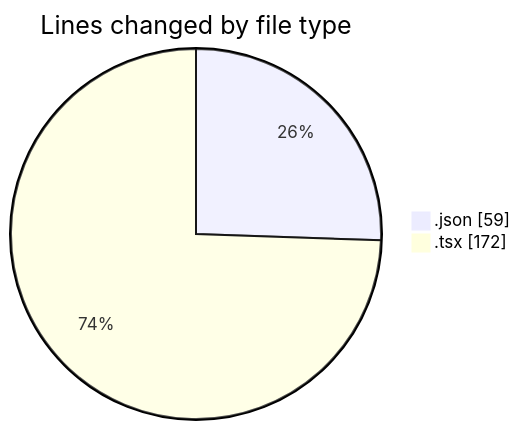
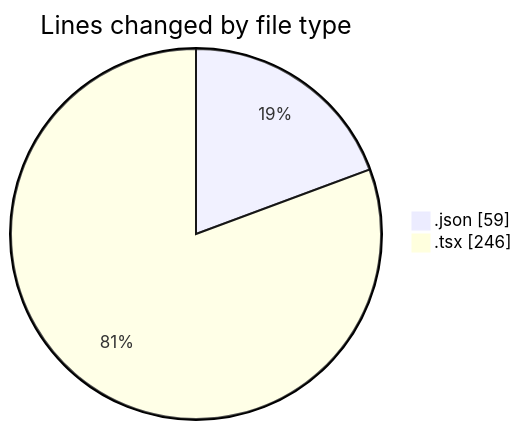
The first of 2 diagrams in 2025-11-19/cda/README.md (momahboobian/code-tracking), drawn with Mermaid before and after one commit. The commit also changed other lines of this file and 1 other file, not shown here.

````diff
--- a/2025-11-19/cda/README.md
+++ b/2025-11-19/cda/README.md
@@ -21,6 +21,6 @@
 ```mermaid
 pie showData
 title Lines changed by file type
 ".json" : 59
-".tsx" : 172
+".tsx" : 246
 ```
````
